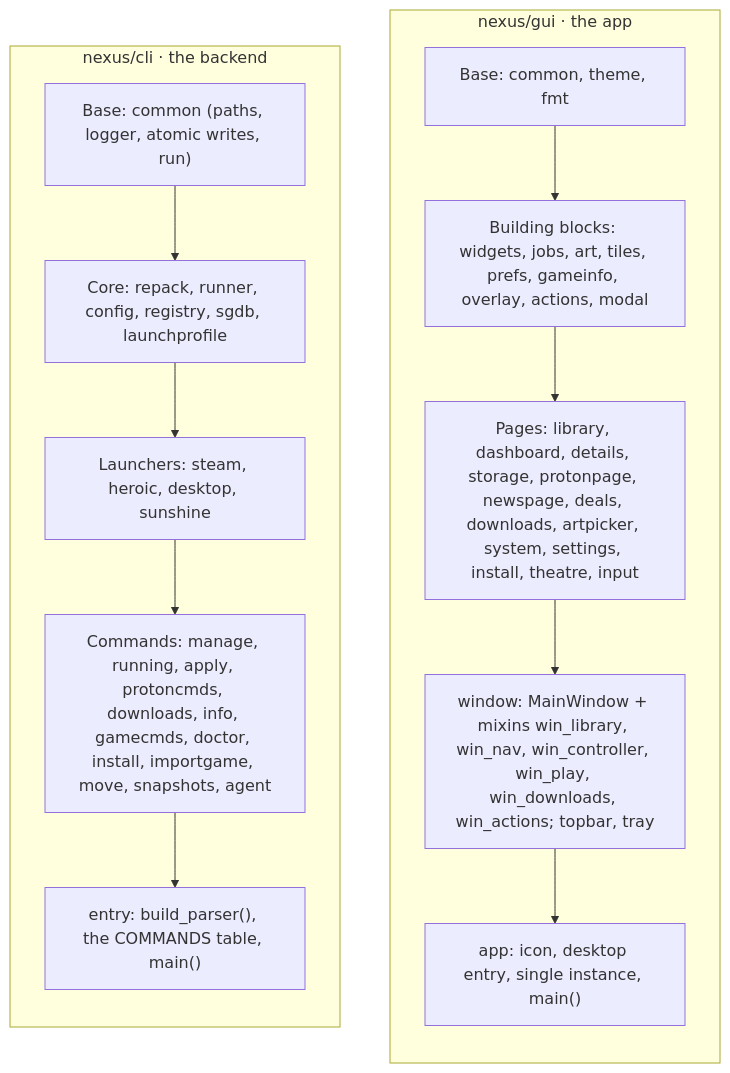
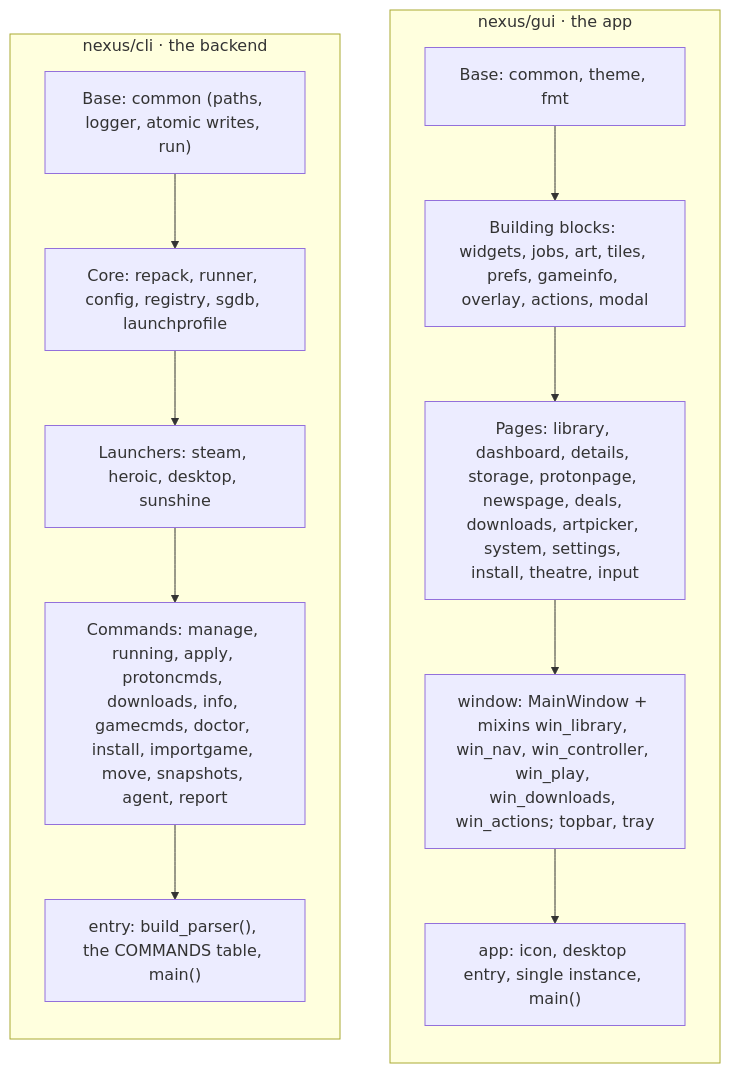
The second of 2 diagrams in docs/LINUX.md (cyberpunk89/nexus-launcher), drawn with Mermaid before and after one commit. The commit also changed other lines of this file and 18 other files, not shown here.

````diff
--- a/docs/LINUX.md
+++ b/docs/LINUX.md
@@ -146,17 +146,17 @@
 ```mermaid
 flowchart TB
   subgraph g["nexus/gui · the app"]
     direction TB
     g1["Base: common, theme, fmt"] --> g2["Building blocks: widgets, jobs, art, tiles, prefs, gameinfo, overlay, actions, modal"]
     g2 --> g3["Pages: library, dashboard, details, storage, protonpage, newspage, deals, downloads, artpicker, system, settings, install, theatre, input"]
     g3 --> g4["window: MainWindow + mixins win_library, win_nav, win_controller, win_play, win_downloads, win_actions; topbar, tray"]
     g4 --> g5["app: icon, desktop entry, single instance, main()"]
   end
   subgraph c["nexus/cli · the backend"]
     direction TB
     c1["Base: common (paths, logger, atomic writes, run)"] --> c2["Core: repack, runner, config, registry, sgdb, launchprofile"]
     c2 --> c3["Launchers: steam, heroic, desktop, sunshine"]
-    c3 --> c4["Commands: manage, running, apply, protoncmds, downloads, info, gamecmds, doctor, install, importgame, move, snapshots, agent"]
+    c3 --> c4["Commands: manage, running, apply, protoncmds, downloads, info, gamecmds, doctor, install, importgame, move, snapshots, agent, report"]
     c4 --> c5["entry: build_parser(), the COMMANDS table, main()"]
   end
 ```
````
